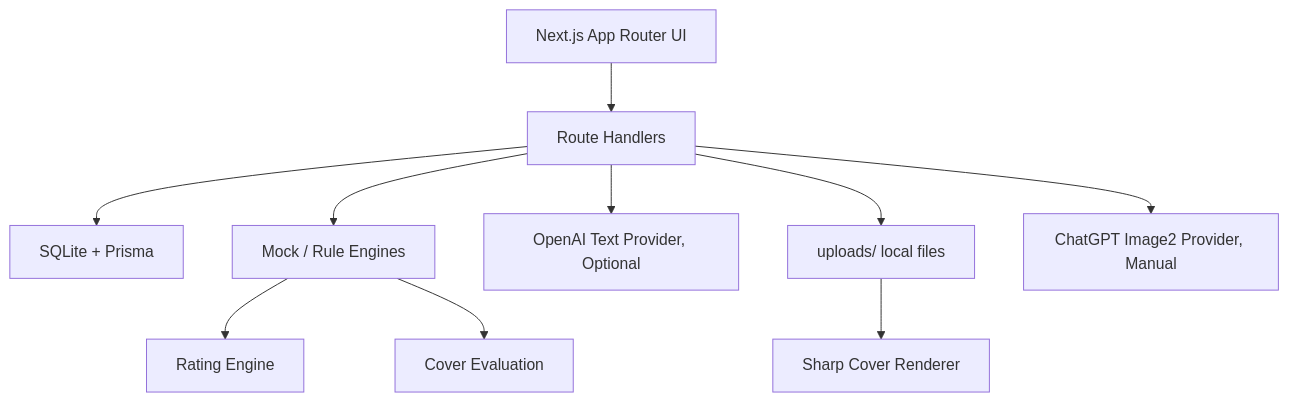
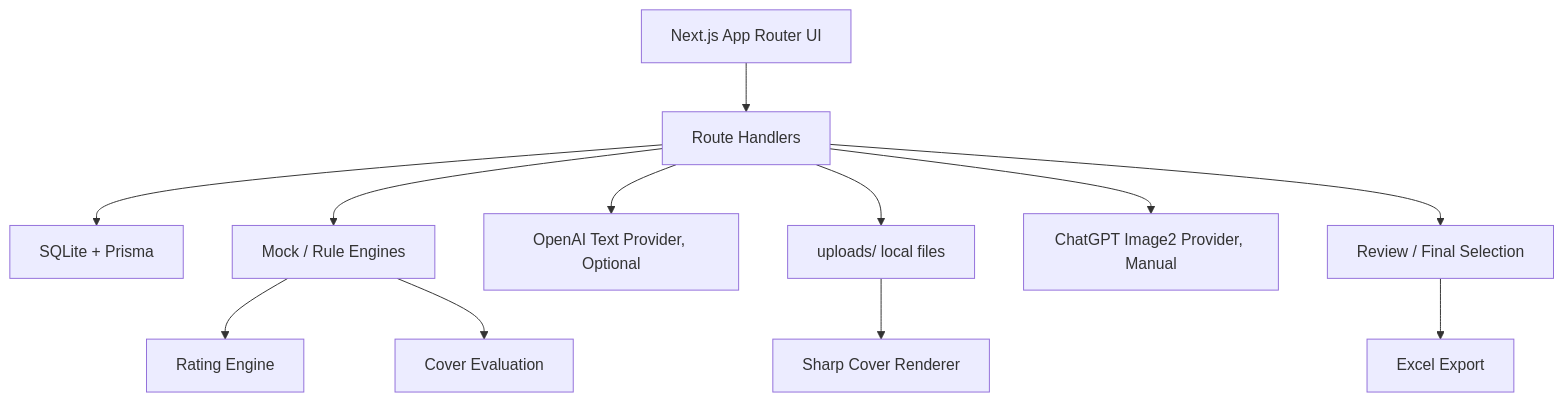
The second of 3 diagrams in README.md (KAtOReNA7/ContentOps-Hub), drawn with Mermaid before and after one commit. The commit also changed other lines of this file and 3 other files, not shown here.

````diff
--- a/README.md
+++ b/README.md
@@ -57,12 +87,14 @@
 ```mermaid
 flowchart TB
   UI["Next.js App Router UI"] --> API["Route Handlers"]
   API --> DB["SQLite + Prisma"]
   API --> Mock["Mock / Rule Engines"]
   API --> OpenAI["OpenAI Text Provider, Optional"]
   API --> File["uploads/ local files"]
   Mock --> Rating["Rating Engine"]
   Mock --> Cover["Cover Evaluation"]
   File --> Render["Sharp Cover Renderer"]
   API --> Image2["ChatGPT Image2 Provider, Manual"]
+  API --> Review["Review / Final Selection"]
+  Review --> Export["Excel Export"]
 ```
````
